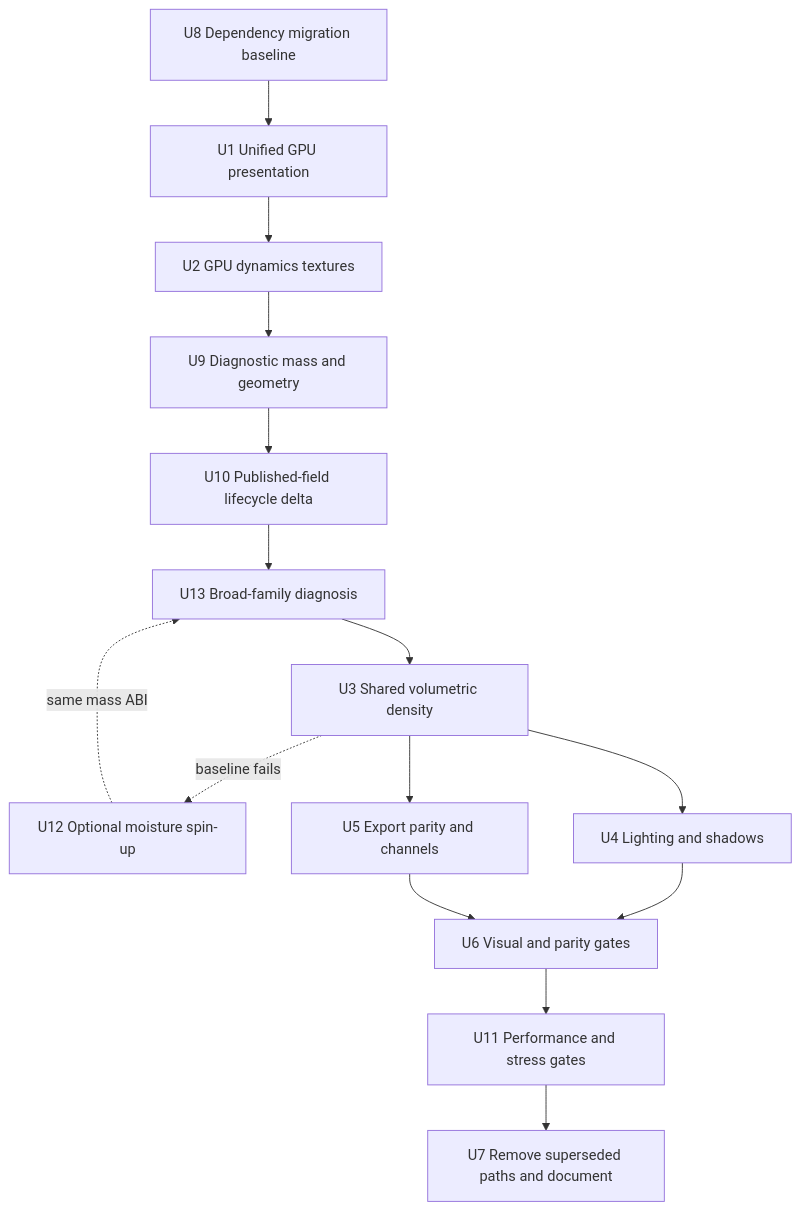
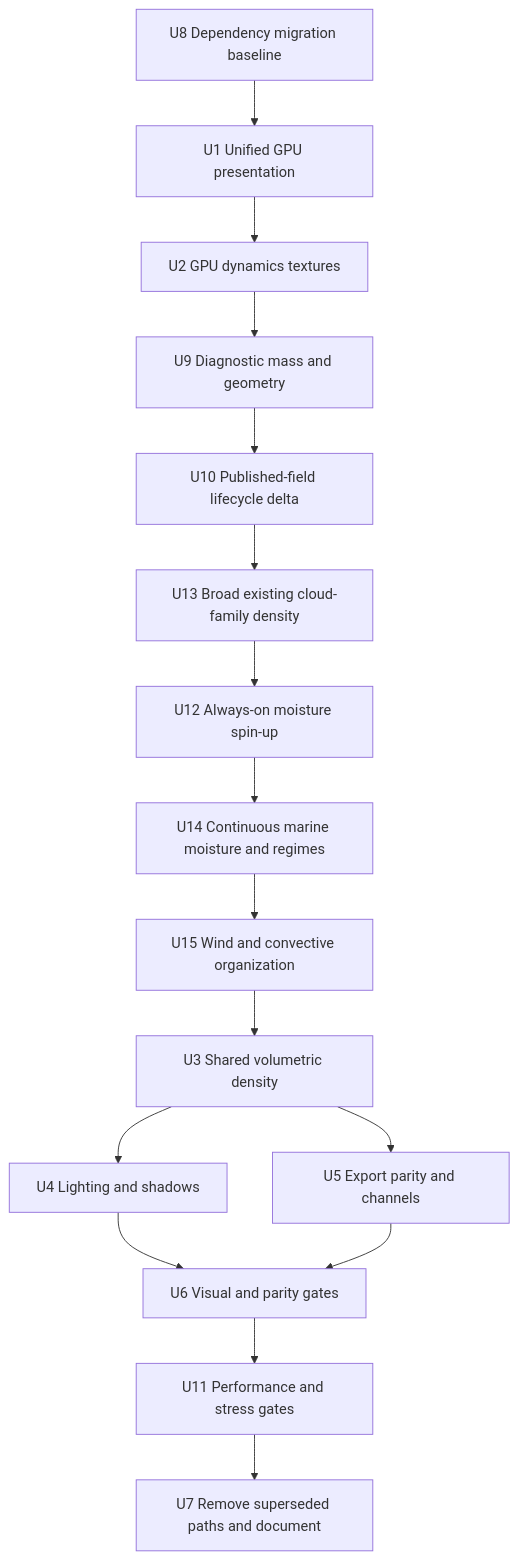
Before and after one commit to ra100/planet-gen: the second of 3 diagrams in docs/plans/2026-07-10-001-feat-shallow-volumetric-clouds-plan.md, drawn with Mermaid. The commit also changed other lines of this file and 2 other files, not shown here.

First line of the commit message:
📋 Plan marine and convective cloud improvements

````diff
--- a/docs/plans/2026-07-10-001-feat-shallow-volumetric-clouds-plan.md
+++ b/docs/plans/2026-07-10-001-feat-shallow-volumetric-clouds-plan.md
@@ -242,17 +248,18 @@
 ```mermaid
 flowchart TB
     U8[U8 Dependency migration baseline] --> U1[U1 Unified GPU presentation]
     U1 --> U2[U2 GPU dynamics textures]
     U2 --> U9[U9 Diagnostic mass and geometry]
     U9 --> U10[U10 Published-field lifecycle delta]
-    U10 --> U13[U13 Broad-family diagnosis]
-    U13 --> U3[U3 Shared volumetric density]
-    U3 -. baseline fails .-> U12[U12 Optional moisture spin-up]
-    U12 -. same mass ABI .-> U13
+    U10 --> U13[U13 Broad existing cloud-family density]
+    U13 --> U12[U12 Always-on moisture spin-up]
+    U12 --> U14[U14 Continuous marine moisture and regimes]
+    U14 --> U15[U15 Wind and convective organization]
+    U15 --> U3[U3 Shared volumetric density]
     U3 --> U4[U4 Lighting and shadows]
     U3 --> U5[U5 Export parity and channels]
     U4 --> U6[U6 Visual and parity gates]
     U5 --> U6
     U6 --> U11[U11 Performance and stress gates]
     U11 --> U7[U7 Remove superseded paths and document]
 ```
````
